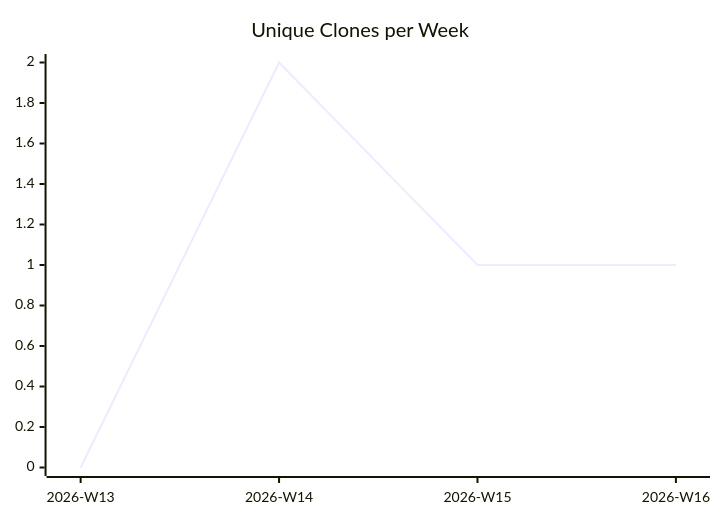
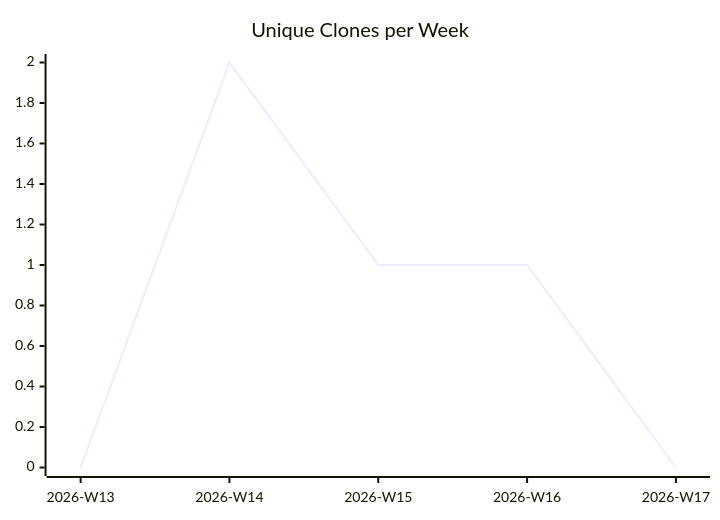
Before and after one commit to justdavis-family/github-analytics-data: the third of 3 diagrams in karlmdavis/todoist-ai/README.md, drawn with Mermaid. The commit also changed other lines of this file and 192 other files, not shown here.

````diff
--- a/karlmdavis/todoist-ai/README.md
+++ b/karlmdavis/todoist-ai/README.md
@@ -19,6 +19,6 @@
 ```mermaid
 xychart-beta
   title "Unique Clones per Week"
-  x-axis ["2026-W13", "2026-W14", "2026-W15", "2026-W16"]
-  line [0, 2, 1, 1]
+  x-axis ["2026-W13", "2026-W14", "2026-W15", "2026-W16", "2026-W17"]
+  line [0, 2, 1, 1, 0]
 ```
````
